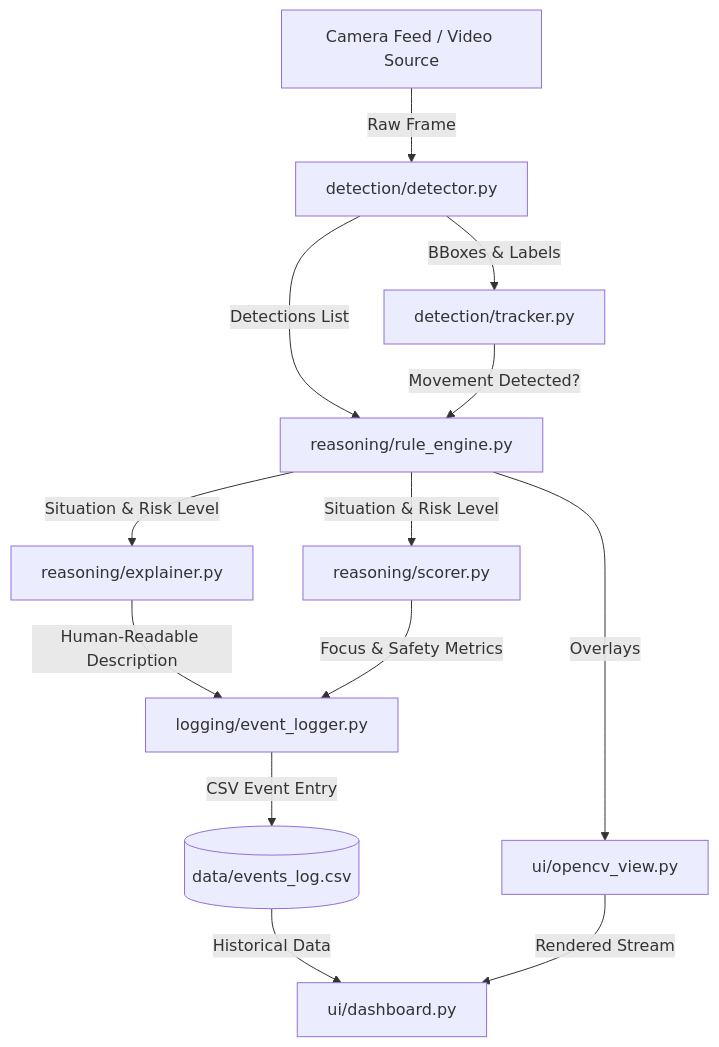
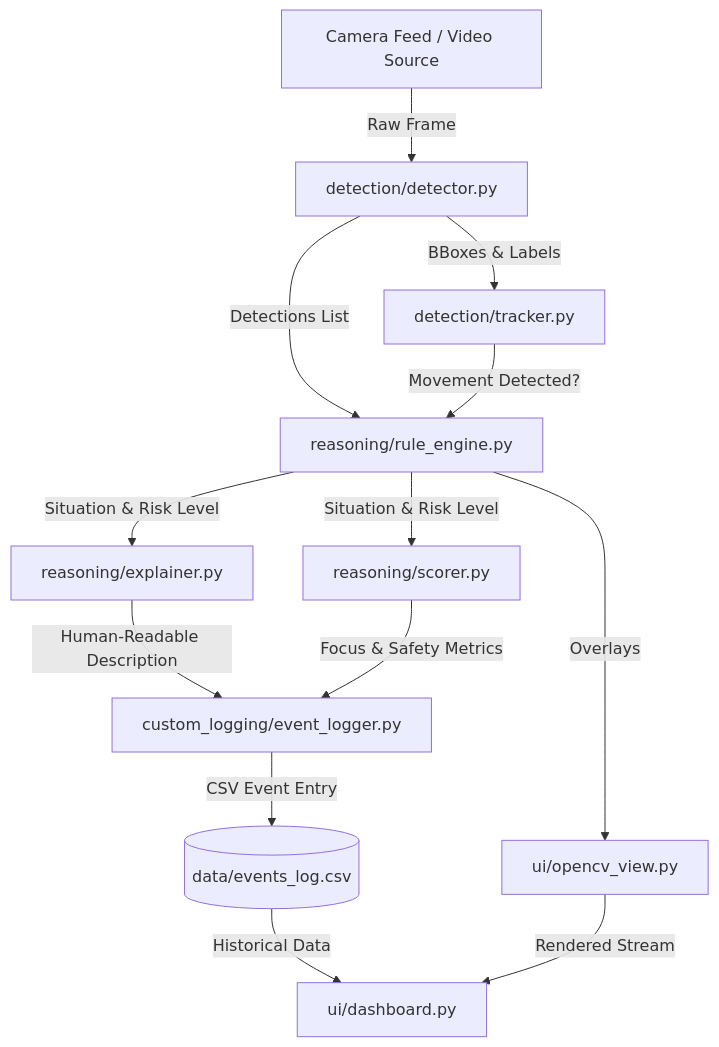
Before and after one commit to Chathuka-Pehesara/AI-Situational-Understanding-Camera: the diagram in README.md, drawn with Mermaid. The commit also changed other lines of this file and 3 other files, not shown here.

````diff
--- a/README.md
+++ b/README.md
@@ -14,15 +14,15 @@
 ```mermaid
 graph TD
     A[Camera Feed / Video Source] -->|Raw Frame| B[detection/detector.py]
     B -->|BBoxes & Labels| C[detection/tracker.py]
     B -->|Detections List| D[reasoning/rule_engine.py]
     C -->|Movement Detected?| D
     D -->|Situation & Risk Level| E[reasoning/explainer.py]
     D -->|Situation & Risk Level| F[reasoning/scorer.py]
-    E -->|Human-Readable Description| G[logging/event_logger.py]
+    E -->|Human-Readable Description| G[custom_logging/event_logger.py]
     F -->|Focus & Safety Metrics| G
     D -->|Overlays| H[ui/opencv_view.py]
     G -->|CSV Event Entry| I[(data/events_log.csv)]
     I -->|Historical Data| J[ui/dashboard.py]
     H -->|Rendered Stream| J
 ```
````
